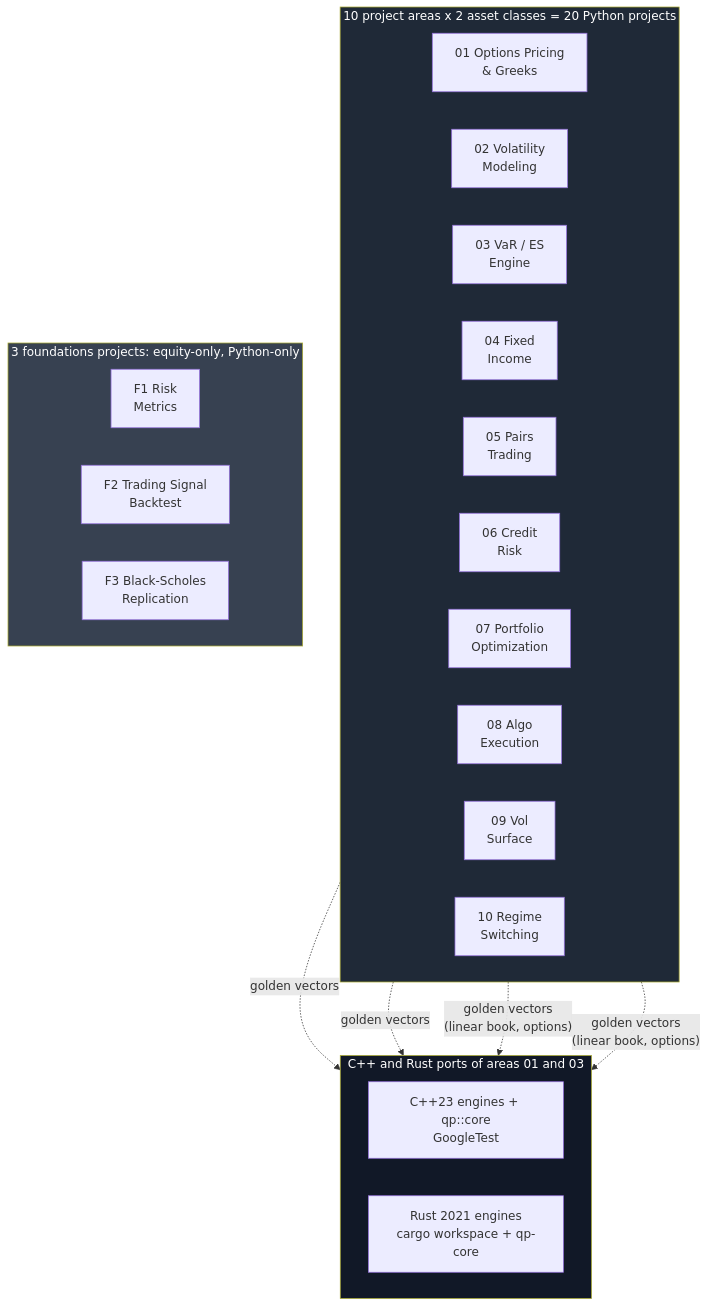
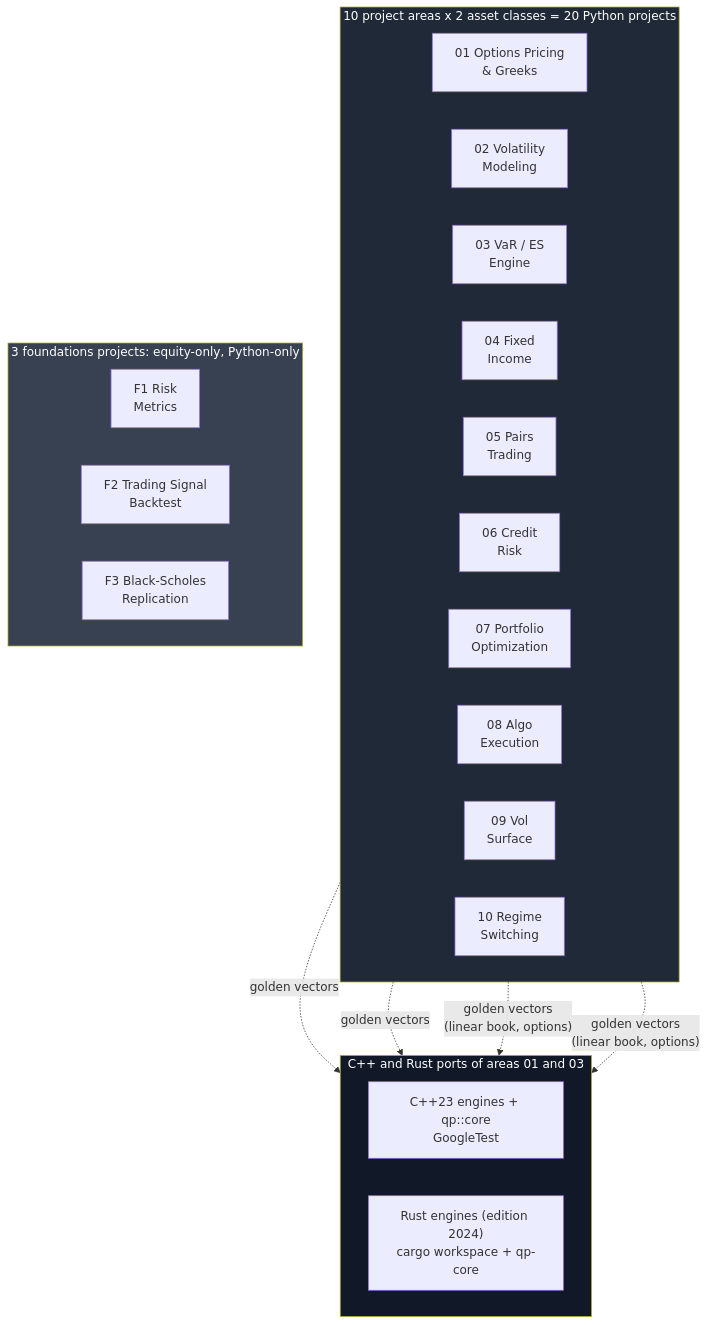
One commit to AshJha0/quant-portfolio changed the first of 11 diagrams in docs/DIAGRAMS.md. Above: the diagram before and after it, drawn with Mermaid. The commit also changed other lines of this file and 9 other files, not shown here.

Commit message:
Docs: recipes, Set 19, diagrams and overview pages for the shared kernel, arrays, packaging and CI checks

````diff
--- a/docs/DIAGRAMS.md
+++ b/docs/DIAGRAMS.md
@@ -11,36 +11,36 @@
 ```mermaid
 flowchart TB
     subgraph AREAS["10 project areas x 2 asset classes = 20 Python projects"]
         direction LR
         A1["01 Options Pricing<br/>& Greeks"]
         A2["02 Volatility<br/>Modeling"]
         A3["03 VaR / ES<br/>Engine"]
         A4["04 Fixed<br/>Income"]
         A5["05 Pairs<br/>Trading"]
         A6["06 Credit<br/>Risk"]
         A7["07 Portfolio<br/>Optimization"]
         A8["08 Algo<br/>Execution"]
         A9["09 Vol<br/>Surface"]
         A10["10 Regime<br/>Switching"]
     end
 
     subgraph FOUND["3 foundations projects: equity-only, Python-only"]
         direction LR
         F1["F1 Risk<br/>Metrics"]
         F2["F2 Trading Signal<br/>Backtest"]
         F3["F3 Black-Scholes<br/>Replication"]
     end
 
     subgraph PORTS["C++ and Rust ports of areas 01 and 03"]
         direction LR
         CPP["C++23 engines + qp::core<br/>GoogleTest"]
-        RUST["Rust 2021 engines<br/>cargo workspace + qp-core"]
+        RUST["Rust engines (edition 2024)<br/>cargo workspace + qp-core"]
     end
 
     A1 -.->|golden vectors| CPP & RUST
     A3 -.->|"golden vectors<br/>(linear book, options)"| CPP & RUST
 
     style AREAS fill:#1f2937,color:#fff
     style FOUND fill:#374151,color:#fff
     style PORTS fill:#111827,color:#fff
 ```
````
